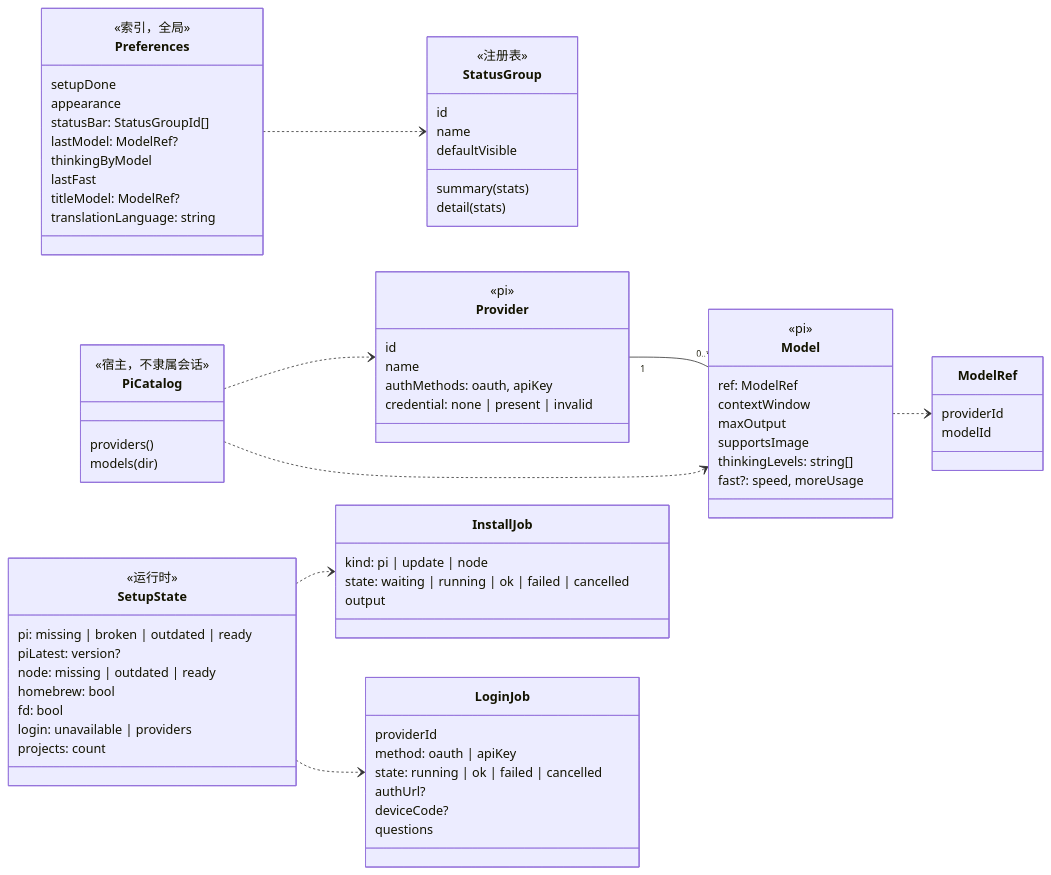
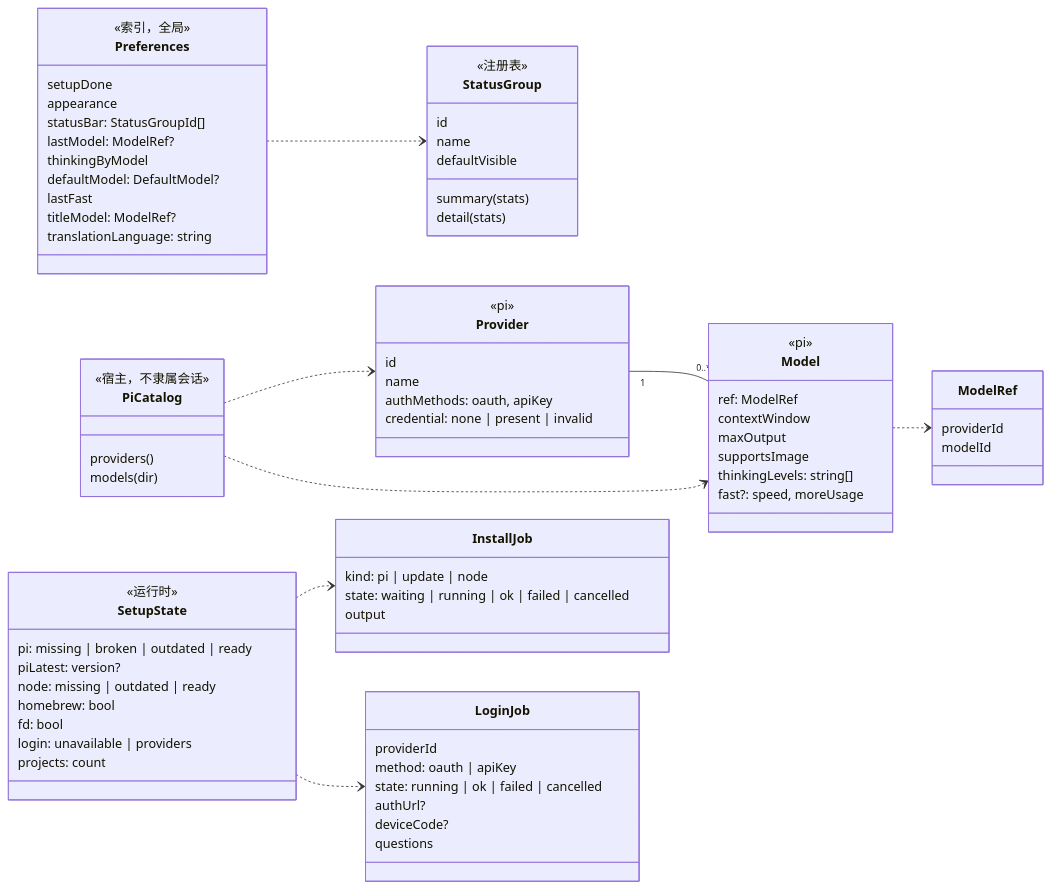
One commit to Wan-Kai/atrium changed the fifth of 7 diagrams in docs/architecture/domain-model.md. Above: the diagram before and after it, drawn with Mermaid. The commit also changed other lines of this file and 62 other files, not shown here.

First line of the commit message:
Make starting a chat, choosing a default model, editing a stopped message and opening a session quick

````diff
--- a/docs/architecture/domain-model.md
+++ b/docs/architecture/domain-model.md
@@ -530,78 +530,79 @@
 ```mermaid
 classDiagram
     direction LR
     class ModelRef {
       providerId
       modelId
     }
     class Provider {
       <<pi>>
       id
       name
       authMethods: oauth, apiKey
       credential: none | present | invalid
     }
     class Model {
       <<pi>>
       ref: ModelRef
       contextWindow
       maxOutput
       supportsImage
       thinkingLevels: string[]
       fast?: speed, moreUsage
     }
     class PiCatalog {
       <<宿主，不隶属会话>>
       providers()
       models(dir)
     }
     class Preferences {
       <<索引，全局>>
       setupDone
       appearance
       statusBar: StatusGroupId[]
       lastModel: ModelRef?
       thinkingByModel
+      defaultModel: DefaultModel?
       lastFast
       titleModel: ModelRef?
       translationLanguage: string
     }
     class StatusGroup {
       <<注册表>>
       id
       name
       defaultVisible
       summary(stats)
       detail(stats)
     }
     class SetupState {
       <<运行时>>
       pi: missing | broken | outdated | ready
       piLatest: version?
       node: missing | outdated | ready
       homebrew: bool
       fd: bool
       login: unavailable | providers
       projects: count
     }
     class InstallJob {
       kind: pi | update | node
       state: waiting | running | ok | failed | cancelled
       output
     }
     class LoginJob {
       providerId
       method: oauth | apiKey
       state: running | ok | failed | cancelled
       authUrl?
       deviceCode?
       questions
     }
     PiCatalog ..> Provider
     PiCatalog ..> Model
     Provider "1" -- "0..*" Model
     Model ..> ModelRef
     Preferences ..> StatusGroup
     SetupState ..> InstallJob
     SetupState ..> LoginJob
 ```
````
